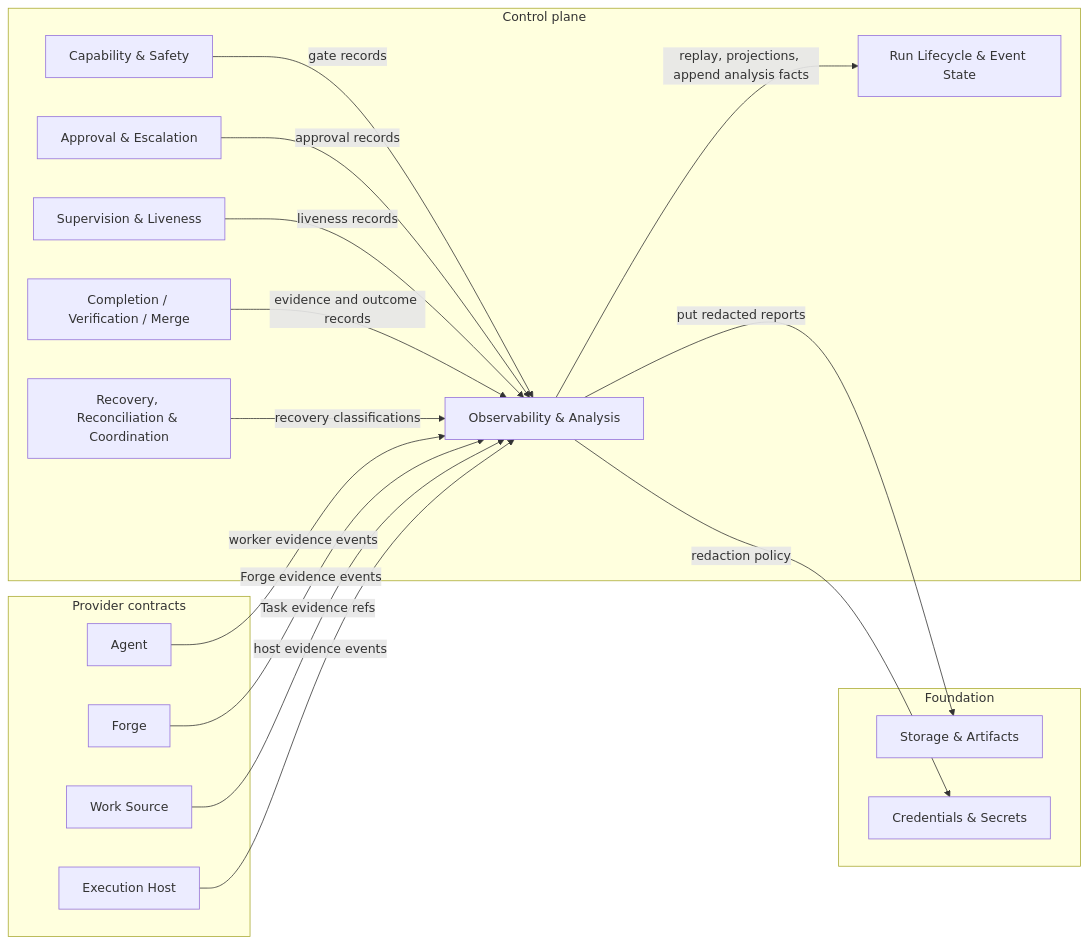
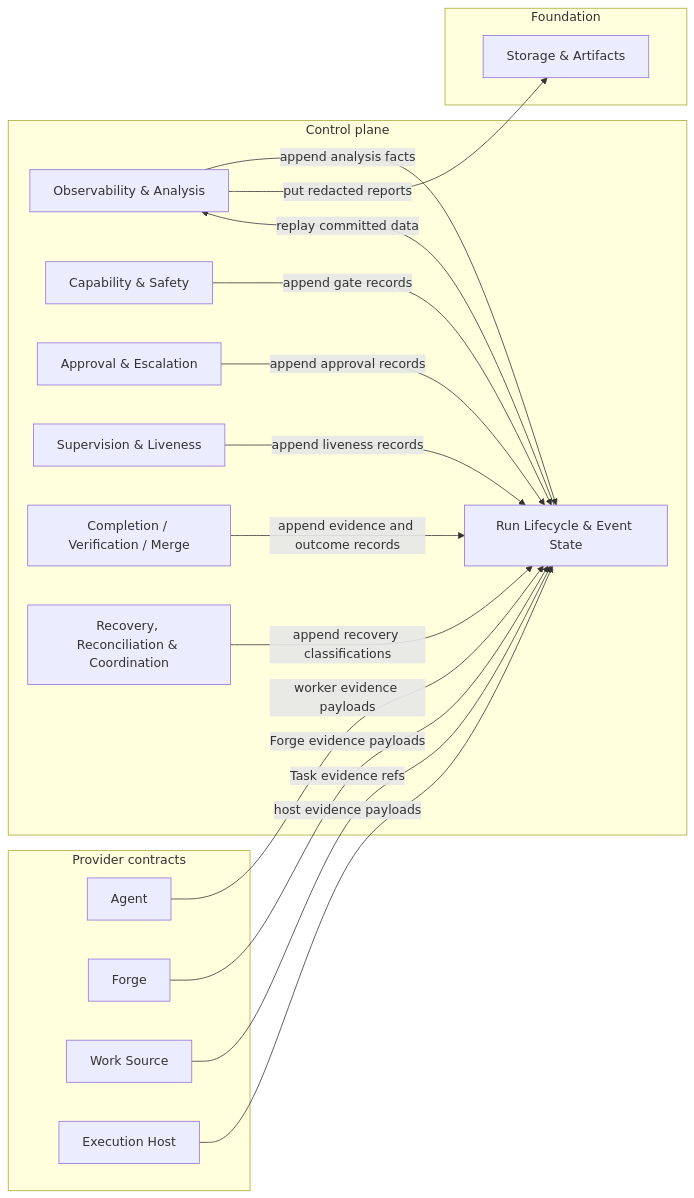
The first of 2 diagrams in docs/design/domains/core-07-observability-and-analysis/design.md (aryeko/agentic-workflow-kit), drawn with Mermaid before and after one commit. The commit also changed other lines of this file and 7 other files, not shown here.

````diff
--- a/docs/design/domains/core-07-observability-and-analysis/design.md
+++ b/docs/design/domains/core-07-observability-and-analysis/design.md
@@ -51,30 +43,30 @@
 ```mermaid
 flowchart LR
   subgraph CORE["Control plane"]
     OBS["Observability & Analysis"]
     RL["Run Lifecycle & Event State"]
     CAP["Capability & Safety"]
     APR["Approval & Escalation"]
     SUP["Supervision & Liveness"]
     CMP["Completion / Verification / Merge"]
     REC["Recovery, Reconciliation & Coordination"]
   end
   subgraph SEAMS["Provider contracts"]
     AG["Agent"]; FG["Forge"]; WS["Work Source"]; EH["Execution Host"]
   end
   subgraph FND["Foundation"]
-    STA["Storage & Artifacts"]; CRED["Credentials & Secrets"]
+    STA["Storage & Artifacts"]
   end
-  CAP -->|"gate records"| OBS
-  APR -->|"approval records"| OBS
-  SUP -->|"liveness records"| OBS
-  CMP -->|"evidence and outcome records"| OBS
-  REC -->|"recovery classifications"| OBS
-  AG -->|"worker evidence events"| OBS
-  FG -->|"Forge evidence events"| OBS
-  WS -->|"Task evidence refs"| OBS
-  EH -->|"host evidence events"| OBS
-  OBS -->|"replay, projections, append analysis facts"| RL
+  CAP -->|"append gate records"| RL
+  APR -->|"append approval records"| RL
+  SUP -->|"append liveness records"| RL
+  CMP -->|"append evidence and outcome records"| RL
+  REC -->|"append recovery classifications"| RL
+  AG -->|"worker evidence payloads"| RL
+  FG -->|"Forge evidence payloads"| RL
+  WS -->|"Task evidence refs"| RL
+  EH -->|"host evidence payloads"| RL
+  RL -->|"replay committed data"| OBS
+  OBS -->|"append analysis facts"| RL
   OBS -->|"put redacted reports"| STA
-  OBS -->|"redaction policy"| CRED
 ```
````
